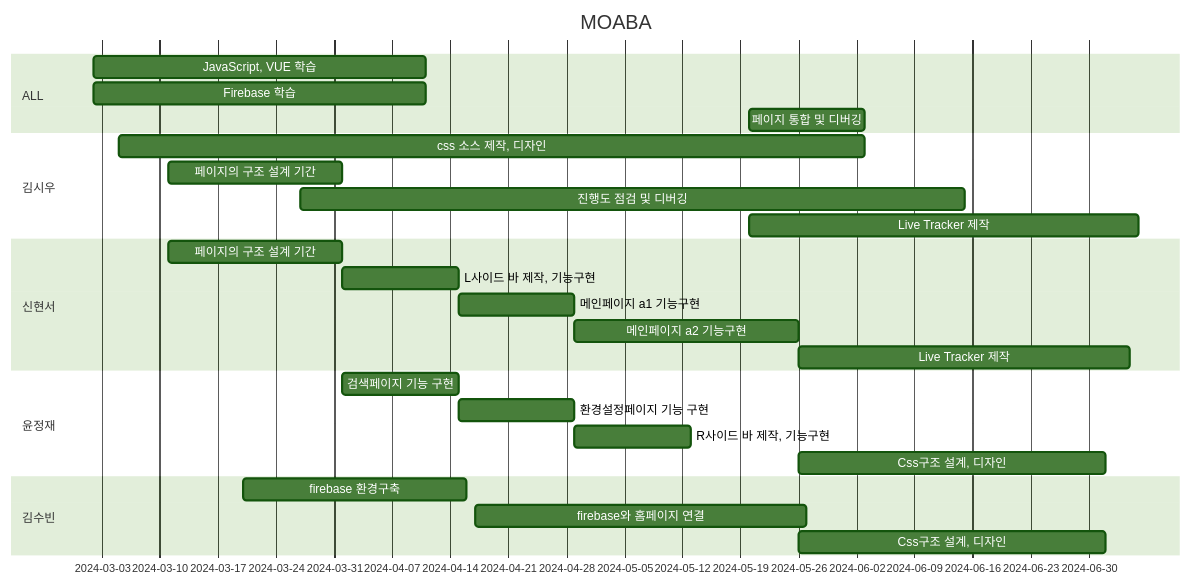
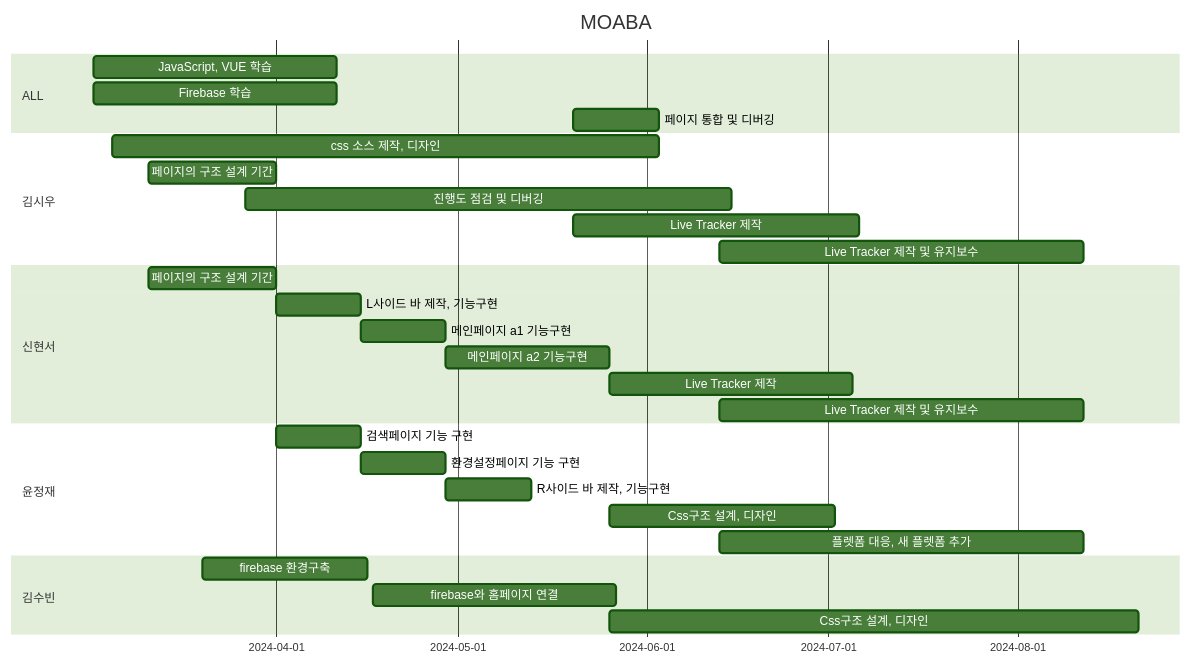
One commit to kimsiwoo12/kimsiwoo12 changed the diagram in README.md. Above: the diagram before and after it, drawn with Mermaid (forest theme).

````diff
--- a/README.md
+++ b/README.md
@@ -8,34 +8,37 @@
 ```mermaid
 gantt
     title MOABA
     dateFormat  YYYY-MM-DD
 
     section ALL
     JavaScript, VUE 학습     :a1, 2024-03-02, 40d
     Firebase 학습            :a2, 2024-03-02, 40d
     페이지 통합 및 디버깅    :a3, 2024-05-20, 14d
 
     section 김시우
     css 소스 제작, 디자인    :a1, 2024-03-05, 90d
     페이지의 구조 설계 기간  :a2, 2024-03-11, 21d
     진행도 점검 및 디버깅    :a3, 2024-03-27, 80d
     Live Tracker 제작        :a4, 2024-05-20, 47d
+    Live Tracker 제작 및 유지보수 :a5, 2024-06-13, 60d
 
     section 신현서
     페이지의 구조 설계 기간     :a1, 2024-03-11, 21d
     L사이드 바 제작, 기능구현   :a2, 2024-04-01, 14d
     메인페이지 a1 기능구현      :a3, 2024-04-15, 14d
     메인페이지 a2 기능구현      :a4, 2024-04-29, 27d
     Live Tracker 제작           :a5, 2024-05-26, 40d
+    Live Tracker 제작 및 유지보수 :a6, 2024-06-13, 60d
 
     section 윤정재
     검색페이지 기능 구현          :a1, 2024-04-01, 14d
     환경설정페이지 기능 구현      :a2, 2024-04-15, 14d
     R사이드 바 제작, 기능구현     :a3, 2024-04-29, 14d
     Css구조 설계, 디자인          :a4, 2024-05-26, 37d
+    플렛폼 대응, 새 플렛폼 추가    :a5, 2024-06-13, 60d
 
     section 김수빈
     firebase 환경구축        :a1, 2024-03-20, 27d
     firebase와 홈페이지 연결 :a2, 2024-04-17, 40d
-    Css구조 설계, 디자인     :a3, 2024-05-26, 37d
+    Css구조 설계, 디자인     :a3, 2024-05-26, 87d
 ```
````
